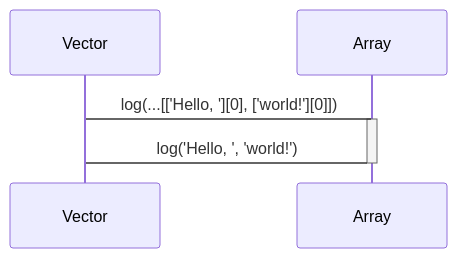
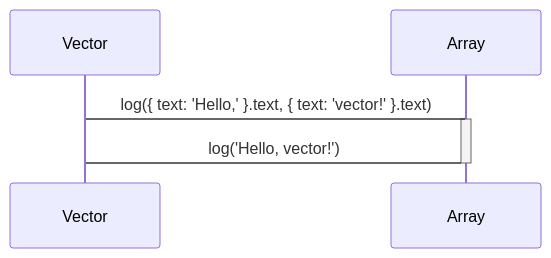
One commit to domrally/peekeasy changed the fourth of 5 diagrams in README.md. Above: the diagram before and after it, drawn with Mermaid. The commit also changed other lines of this file and 1 other file, not shown here.

````diff
--- a/README.md
+++ b/README.md
@@ -119,7 +116,7 @@
 ```mermaid
 sequenceDiagram
-    Vector->Array: log(...[['Hello, '][0], ['world!'][0]])
+    Vector->Array: log({ text: 'Hello,' }.text, { text: 'vector!' }.text)
     activate Array
-    Array->Vector: log('Hello, ', 'world!')
+    Array->Vector: log('Hello, vector!')
     deactivate Array
 ```
````
